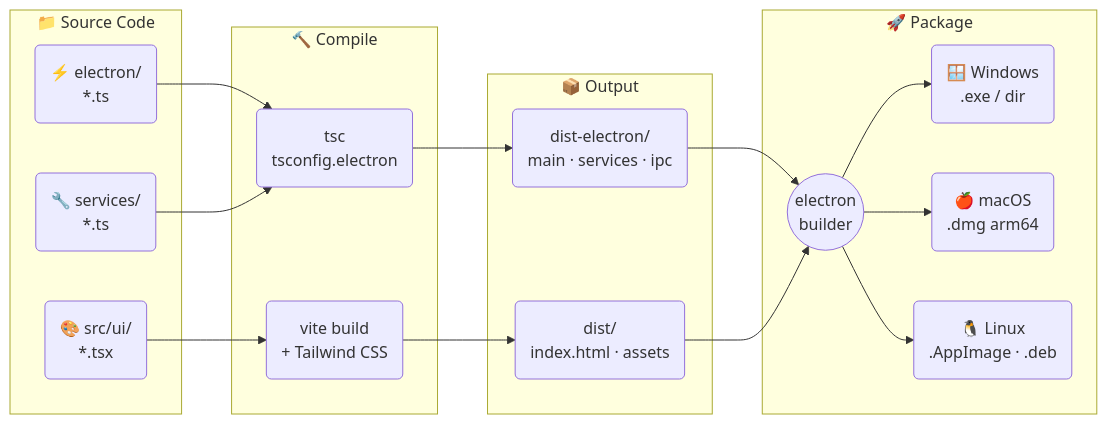
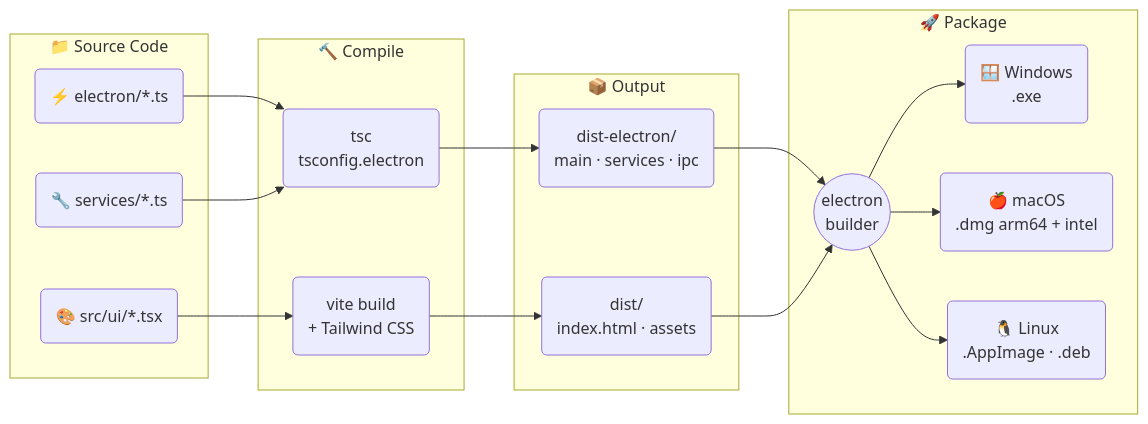
The first of 2 diagrams in README.en.md (trithucnen-max/zagi-builder), drawn with Mermaid before and after one commit. The commit also changed other lines of this file and 2 other files, not shown here.

````diff
--- a/README.en.md
+++ b/README.en.md
@@ -168,29 +258,25 @@
 ```mermaid
 flowchart LR
     subgraph SRC["📁 Source Code"]
-        E("⚡ electron/\n*.ts")
-        S("🔧 services/\n*.ts")
-        R("🎨 src/ui/\n*.tsx")
+        E("⚡ electron/*.ts")
+        S("🔧 services/*.ts")
+        R("🎨 src/ui/*.tsx")
     end
-
     subgraph COMPILE["🔨 Compile"]
         TSC("tsc\ntsconfig.electron")
         VITE("vite build\n+ Tailwind CSS")
     end
-
     subgraph OUT["📦 Output"]
         DE("dist-electron/\nmain · services · ipc")
         D("dist/\nindex.html · assets")
     end
-
     subgraph PKG["🚀 Package"]
         EB(("electron\nbuilder"))
-        WIN("🪟 Windows\n.exe / dir")
-        MAC("🍎 macOS\n.dmg arm64")
+        WIN("🪟 Windows\n.exe")
+        MAC("🍎 macOS\n.dmg arm64 + intel")
         LIN("🐧 Linux\n.AppImage · .deb")
     end
-
     E & S --> TSC --> DE
     R --> VITE --> D
     DE & D --> EB --> WIN & MAC & LIN
 ```
````
